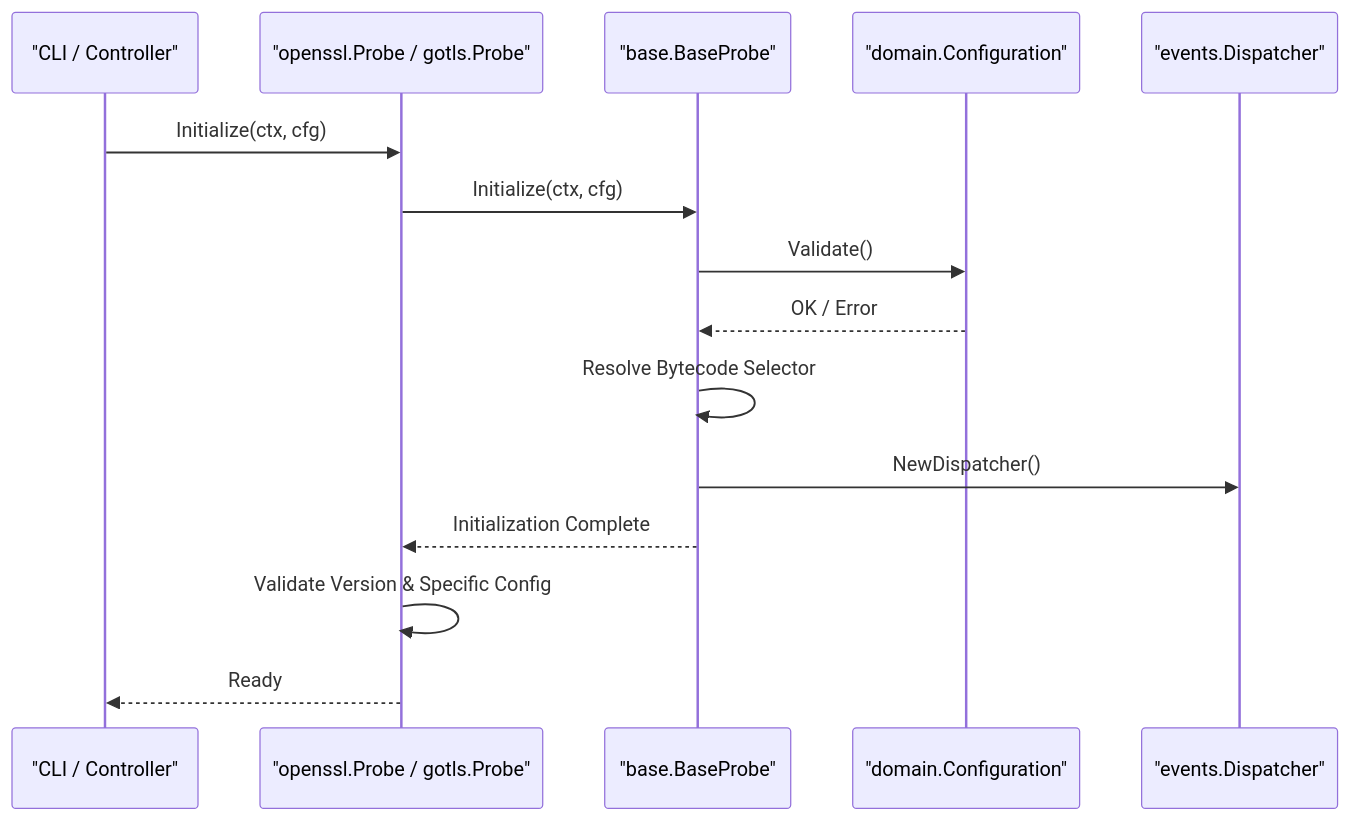
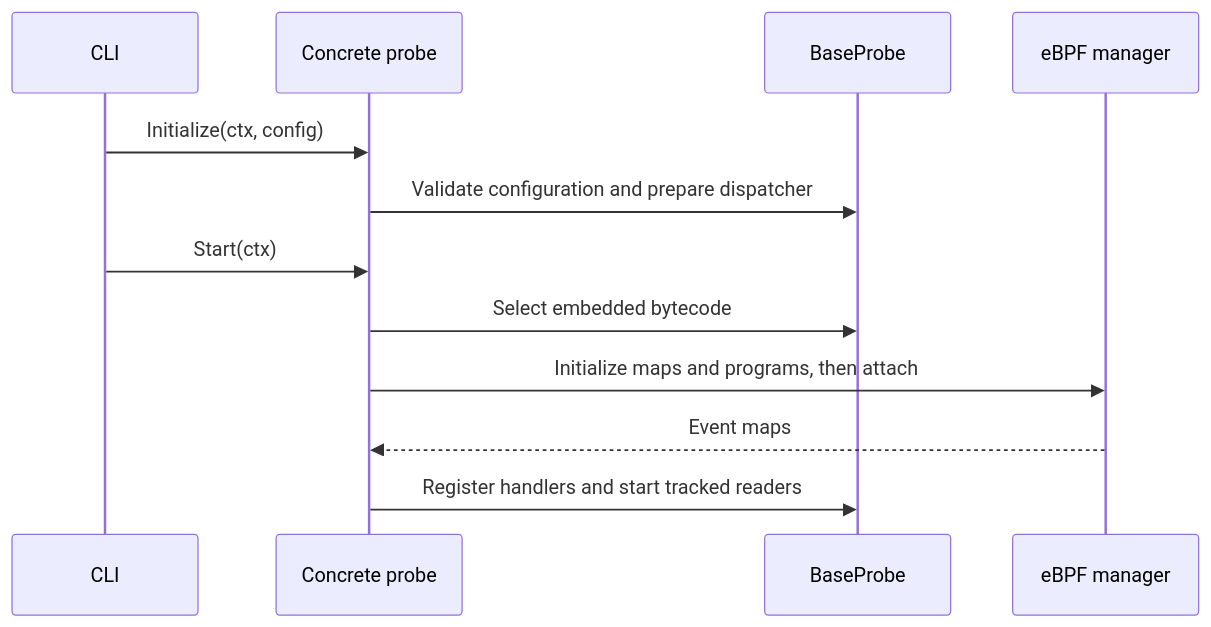
The diagram in src/en/5-architecture-and-probe-development/5.2-probe-framework-and-lifecycle.md (gojue/ecapture.cc), drawn with Mermaid before and after one commit. The commit also changed other lines of this file and 94 other files, not shown here.

````diff
--- a/src/en/5-architecture-and-probe-development/5.2-probe-framework-and-lifecycle.md
+++ b/src/en/5-architecture-and-probe-development/5.2-probe-framework-and-lifecycle.md
@@ -63,18 +7,14 @@
 ```mermaid
 sequenceDiagram
-    participant User as "CLI / Controller"
-    participant Probe as "openssl.Probe / gotls.Probe"
-    participant Base as "base.BaseProbe"
-    participant Config as "domain.Configuration"
-    participant Dispatcher as "events.Dispatcher"
-
-    User->>Probe: Initialize(ctx, cfg)
-    Probe->>Base: Initialize(ctx, cfg)
-    Base->>Config: Validate()
-    Config-->>Base: OK / Error
-    Base->>Base: Resolve Bytecode Selector
-    Base->>Dispatcher: NewDispatcher()
-    Base-->>Probe: Initialization Complete
-    Probe->>Probe: Validate Version & Specific Config
-    Probe-->>User: Ready
+    participant C as CLI
+    participant P as Concrete probe
+    participant B as BaseProbe
+    participant M as eBPF manager
+    C->>P: Initialize(ctx, config)
+    P->>B: Validate configuration and prepare dispatcher
+    C->>P: Start(ctx)
+    P->>B: Select embedded bytecode
+    P->>M: Initialize maps and programs, then attach
+    M-->>P: Event maps
+    P->>B: Register handlers and start tracked readers
 ```
````
